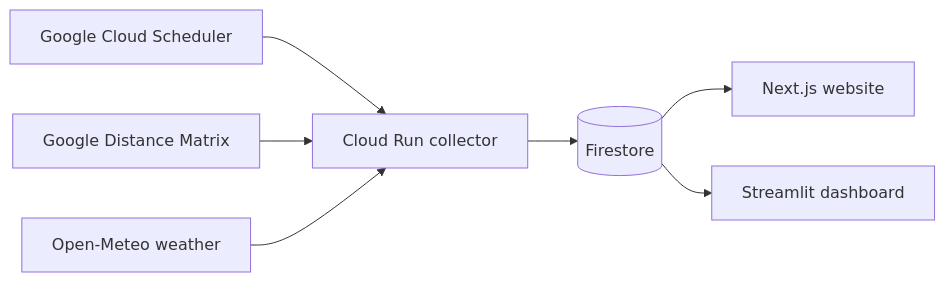
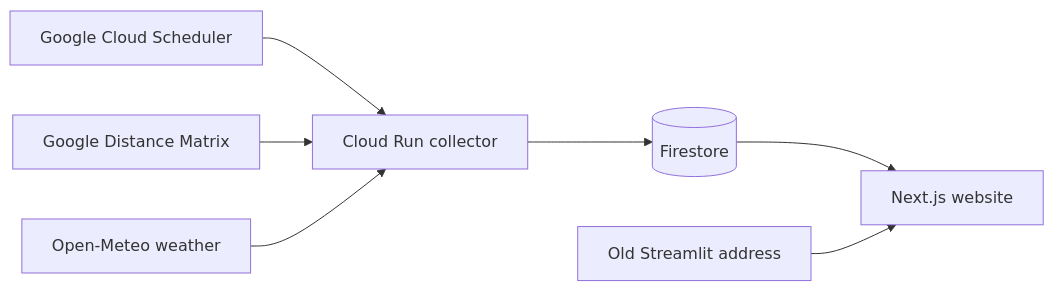
Before and after one commit to jemmziray-tech/Dar_Traffic_Project: the diagram in web/README.md, drawn with Mermaid. The commit also changed other lines of this file and 22 other files, not shown here.

Commit message:
Make modern website primary and retire the Streamlit dashboard (#7)

````diff
--- a/web/README.md
+++ b/web/README.md
@@ -28,9 +28,9 @@
 ```mermaid
 flowchart LR
     Scheduler[Google Cloud Scheduler] --> Collector[Cloud Run collector]
     Maps[Google Distance Matrix] --> Collector
     Weather[Open-Meteo weather] --> Collector
     Collector --> Firestore[(Firestore)]
     Firestore --> Website[Next.js website]
-    Firestore --> Streamlit[Streamlit dashboard]
+    Streamlit[Old Streamlit address] --> Website
 ```
````
